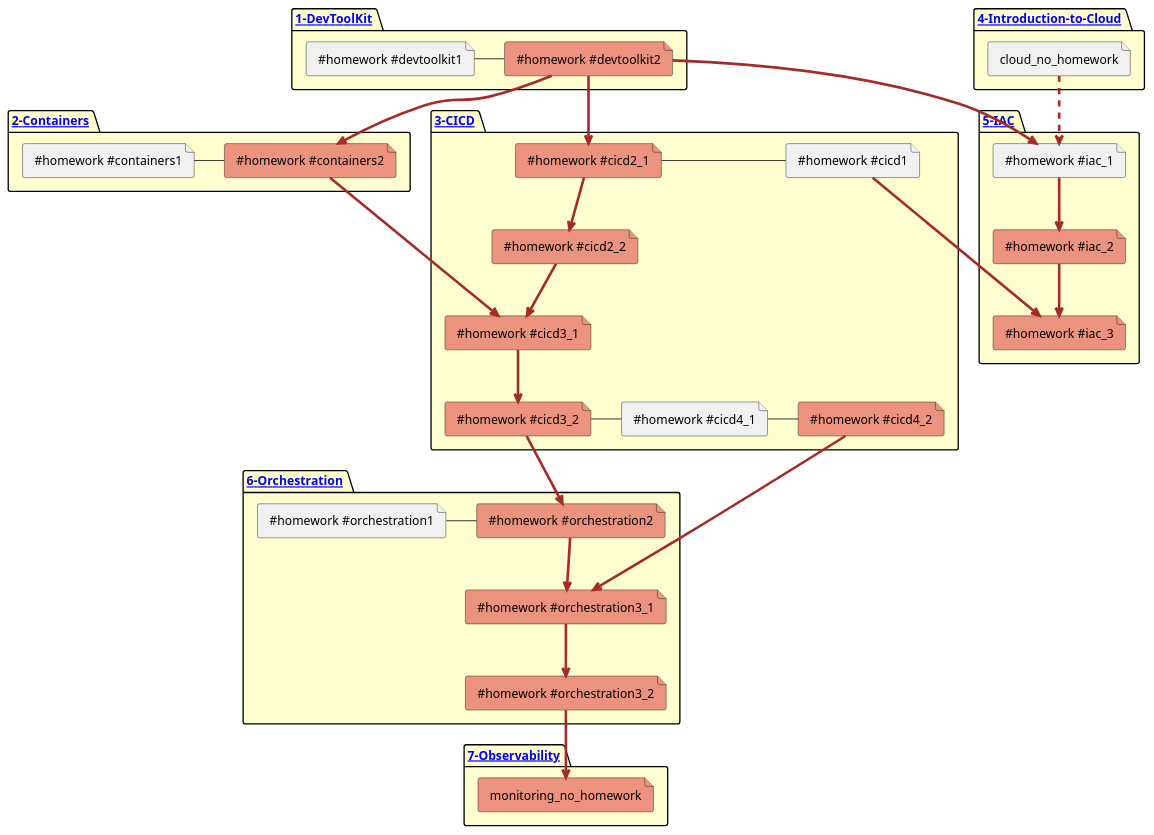
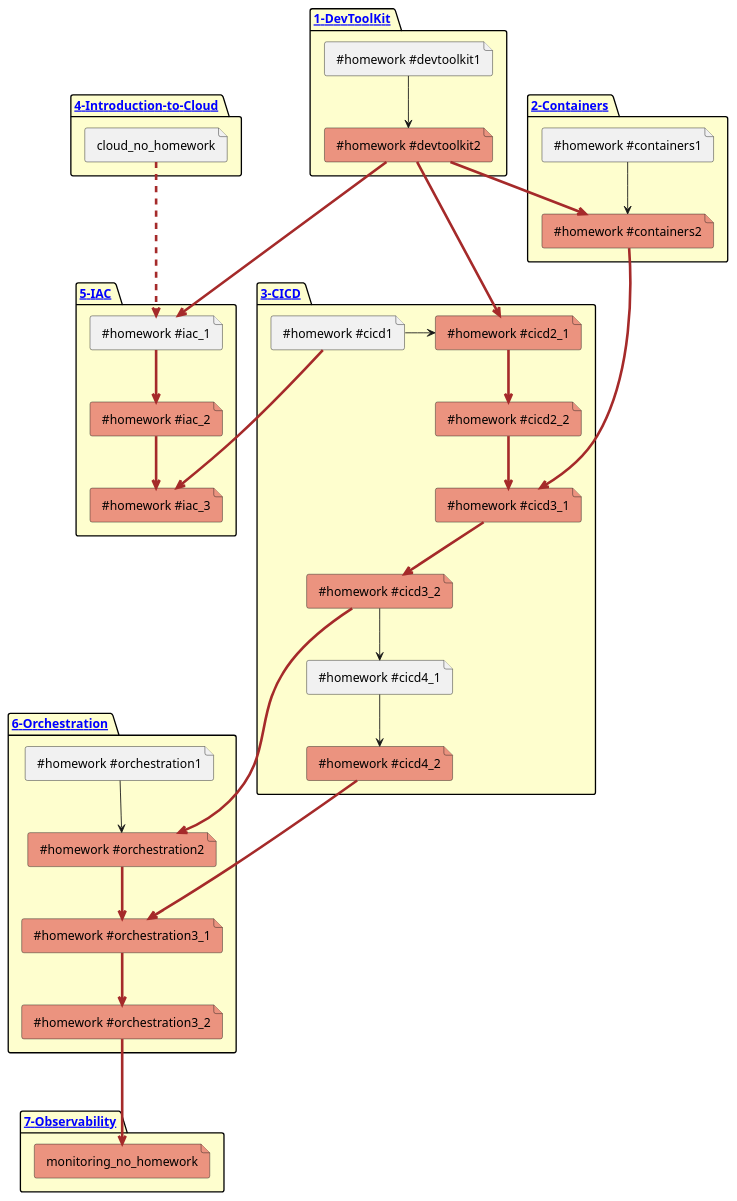
Before and after one commit to tdevopsschool/.github: the diagram in Course-homework-dependency-graph/homework-diagram.plantuml, drawn with PlantUML. The commit also changed 1 other file, not shown here.

```diff
--- a/Course-homework-dependency-graph/homework-diagram.plantuml
+++ b/Course-homework-dependency-graph/homework-diagram.plantuml
@@ -1,58 +1,58 @@
 @startuml
 package "[[https://github.com/tdevopsschool/1-DevToolKit 1-DevToolKit]] " #FEFECE{
   file " #homework #devtoolkit1 "
   file " #homework #devtoolkit2 " #EB937F
-  " #homework #devtoolkit1 " - " #homework #devtoolkit2 "
+  " #homework #devtoolkit1 " -down-> " #homework #devtoolkit2 "
 }
 package "[[https://github.com/tdevopsschool/2-Containers 2-Containers]] " #FEFECE{
   file " #homework #containers1 "
   file " #homework #containers2 " #EB937F
-  " #homework #containers1 " - " #homework #containers2 "
+  " #homework #containers1 " -down-> " #homework #containers2 "
 }
 package "[[https://github.com/tdevopsschool/3-CICD 3-CICD]] " #FEFECE{
   file " #homework #cicd1 " 
   file " #homework #cicd2_1 " #EB937F
   file " #homework #cicd2_2 " #EB937F
   file " #homework #cicd3_1 " #EB937F
   file " #homework #cicd3_2 " #EB937F
   file " #homework #cicd4_1 "
   file " #homework #cicd4_2 " #EB937F
   " #homework #cicd2_1 " -[#brown,thickness=3]down-> " #homework #cicd2_2 "
   " #homework #cicd2_2 " -[#brown,thickness=3]down-> " #homework #cicd3_1 "
   " #homework #cicd3_1 " -[#brown,thickness=3]down-> " #homework #cicd3_2 "
-  " #homework #cicd3_2 " - " #homework #cicd4_1 "
-  " #homework #cicd4_1 " - " #homework #cicd4_2 "
-  " #homework #cicd1 "  - " #homework #cicd2_1 "
+  " #homework #cicd3_2 " -down-> " #homework #cicd4_1 "
+  " #homework #cicd4_1 " -down->" #homework #cicd4_2 "
+  " #homework #cicd1 "  -> " #homework #cicd2_1 "
 }
 package "[[https://github.com/tdevopsschool/4-Introduction-to-Cloud 4-Introduction-to-Cloud]] " #FEFECE{
  file " cloud_no_homework " 
 } 
 package "[[https://github.com/tdevopsschool/5-IAC 5-IAC]] " #FEFECE {
   file " #homework #iac_1 " 
   file " #homework #iac_2 " #EB937F
   file " #homework #iac_3 " #EB937F
   " #homework #iac_1 " -[#brown,thickness=3]down-> " #homework #iac_2 "
   " #homework #iac_2 " -[#brown,thickness=3]down-> " #homework #iac_3 "
 }
 package "[[https://github.com/tdevopsschool/6-Orchestration 6-Orchestration]] " #FEFECE{
  file " #homework #orchestration1 "
  file " #homework #orchestration2 " #EB937F
  file " #homework #orchestration3_1 " #EB937F
  file " #homework #orchestration3_2 " #EB937F
- " #homework #orchestration1 " - " #homework #orchestration2 "
- " #homework #orchestration3_1 " -[#brown,thickness=3]-> " #homework #orchestration3_2 "
- " #homework #orchestration2 " -[#brown,thickness=3]-> " #homework #orchestration3_1 "
+ " #homework #orchestration1 " -->" #homework #orchestration2 "
+ " #homework #orchestration3_1 " -[#brown,thickness=3]down-> " #homework #orchestration3_2 "
+ " #homework #orchestration2 " -[#brown,thickness=3]down-> " #homework #orchestration3_1 "
 }
 package "[[https://github.com/tdevopsschool/7-Observability 7-Observability]] " #FEFECE{
  file " monitoring_no_homework " #EB937F
 }
-" #homework #devtoolkit2 "  -[#brown,thickness=3]down-> " #homework #cicd2_1 "
-" #homework #devtoolkit2 "  -[#brown,thickness=3]down-> " #homework #iac_1 "
+" #homework #devtoolkit2 "  -[#brown,thickness=3]down--> " #homework #cicd2_1 "
+" #homework #devtoolkit2 "  -[#brown,thickness=3]down--> " #homework #iac_1 "
 " #homework #devtoolkit2 " -[#brown,thickness=3]down-> " #homework #containers2 "
-" #homework #containers2 " --[#brown,thickness=3]down-> " #homework #cicd3_1 "
-" cloud_no_homework " -[#brown,dashed,thickness=3]down-> " #homework #iac_1 "
+" #homework #containers2 " -[#brown,thickness=3]down--> " #homework #cicd3_1 "
+" cloud_no_homework " -[#brown,dashed,thickness=3]down--> " #homework #iac_1 "
 " #homework #cicd3_2 " -[#brown,thickness=3]down->  " #homework #orchestration2 "
-" #homework #cicd4_2 "  -[#brown,thickness=3]down-> " #homework #orchestration3_1 "
-" #homework #orchestration3_2 " -[#brown,thickness=3]down-> " monitoring_no_homework "
+" #homework #cicd4_2 "  -[#brown,thickness=3]down--> " #homework #orchestration3_1 "
+" #homework #orchestration3_2 " -[#brown,thickness=3]down--> " monitoring_no_homework "
 " #homework #cicd1 " -[#brown,thickness=3]down->  " #homework #iac_3 "
 @enduml
```
